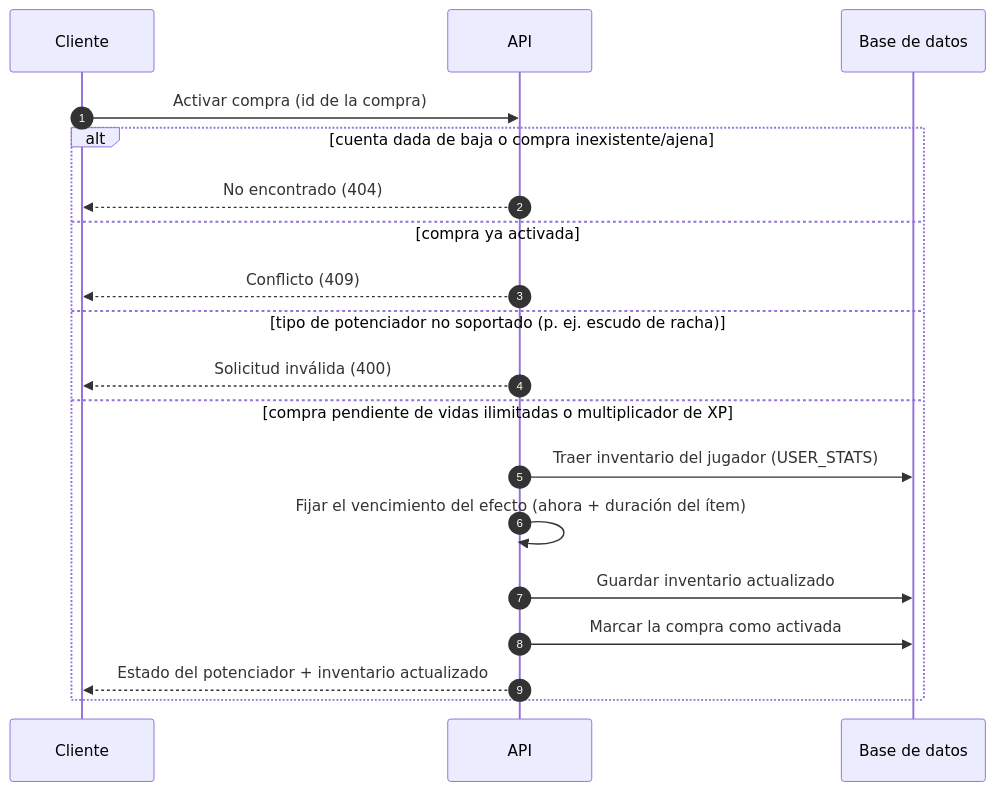
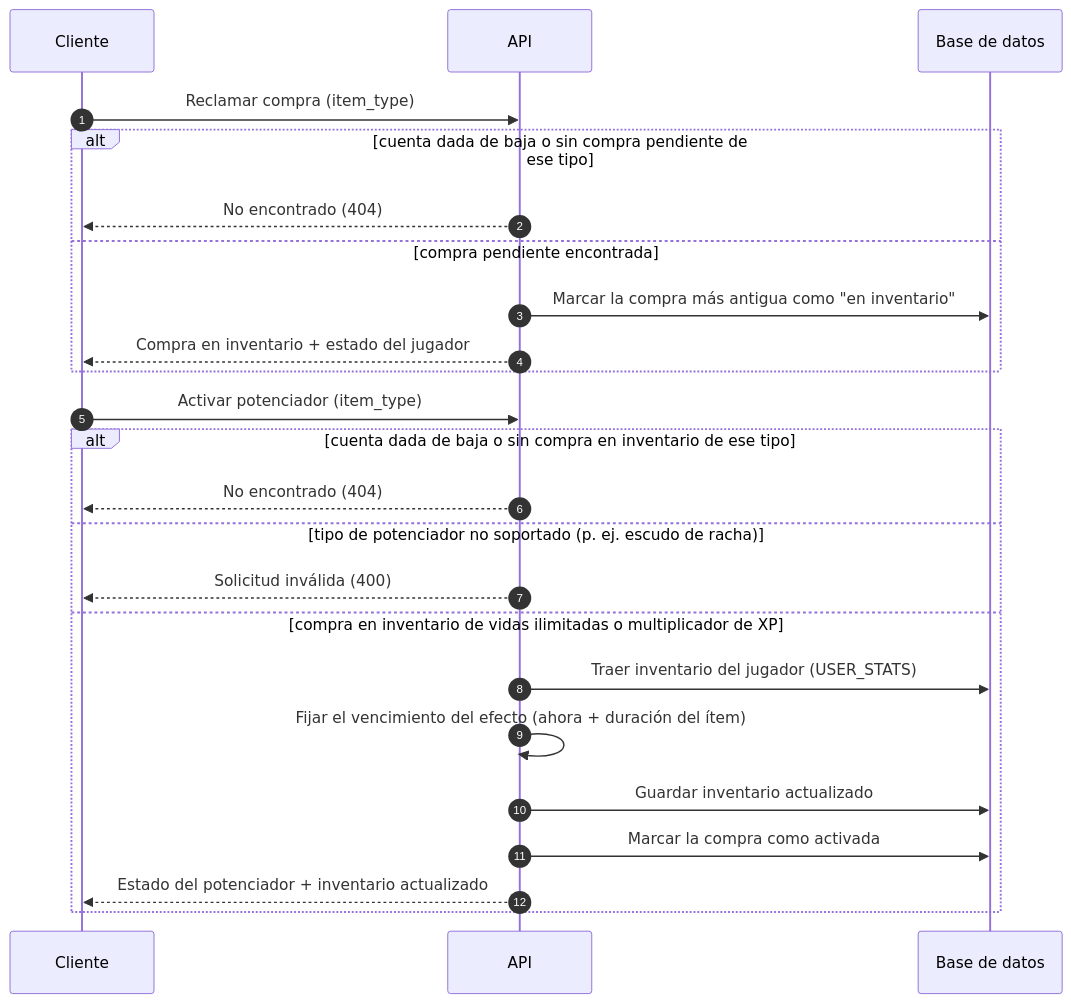
One commit to signasource/signa-api changed the eighth of 9 diagrams in docs/diagrams/sequence.md. Above: the diagram before and after it, drawn with Mermaid. The commit also changed other lines of this file and 8 other files, not shown here.

````diff
--- a/docs/diagrams/sequence.md
+++ b/docs/diagrams/sequence.md
@@ -168,22 +173,28 @@
 ```mermaid
 sequenceDiagram
     autonumber
     participant C as Cliente
     participant API as API
     participant DB as Base de datos
 
-    C->>API: Activar compra (id de la compra)
-    alt cuenta dada de baja o compra inexistente/ajena
+    C->>API: Reclamar compra (item_type)
+    alt cuenta dada de baja o sin compra pendiente de ese tipo
         API-->>C: No encontrado (404)
-    else compra ya activada
-        API-->>C: Conflicto (409)
+    else compra pendiente encontrada
+        API->>DB: Marcar la compra más antigua como "en inventario"
+        API-->>C: Compra en inventario + estado del jugador
+    end
+
+    C->>API: Activar potenciador (item_type)
+    alt cuenta dada de baja o sin compra en inventario de ese tipo
+        API-->>C: No encontrado (404)
     else tipo de potenciador no soportado (p. ej. escudo de racha)
         API-->>C: Solicitud inválida (400)
-    else compra pendiente de vidas ilimitadas o multiplicador de XP
+    else compra en inventario de vidas ilimitadas o multiplicador de XP
         API->>DB: Traer inventario del jugador (USER_STATS)
         API->>API: Fijar el vencimiento del efecto (ahora + duración del ítem)
         API->>DB: Guardar inventario actualizado
         API->>DB: Marcar la compra como activada
         API-->>C: Estado del potenciador + inventario actualizado
     end
 ```
````
